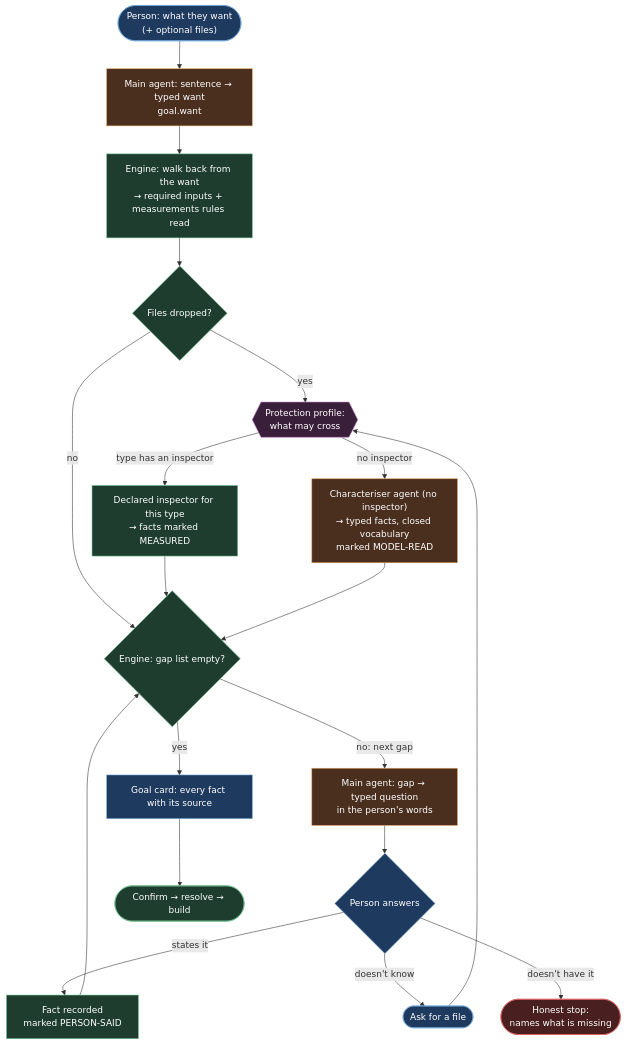
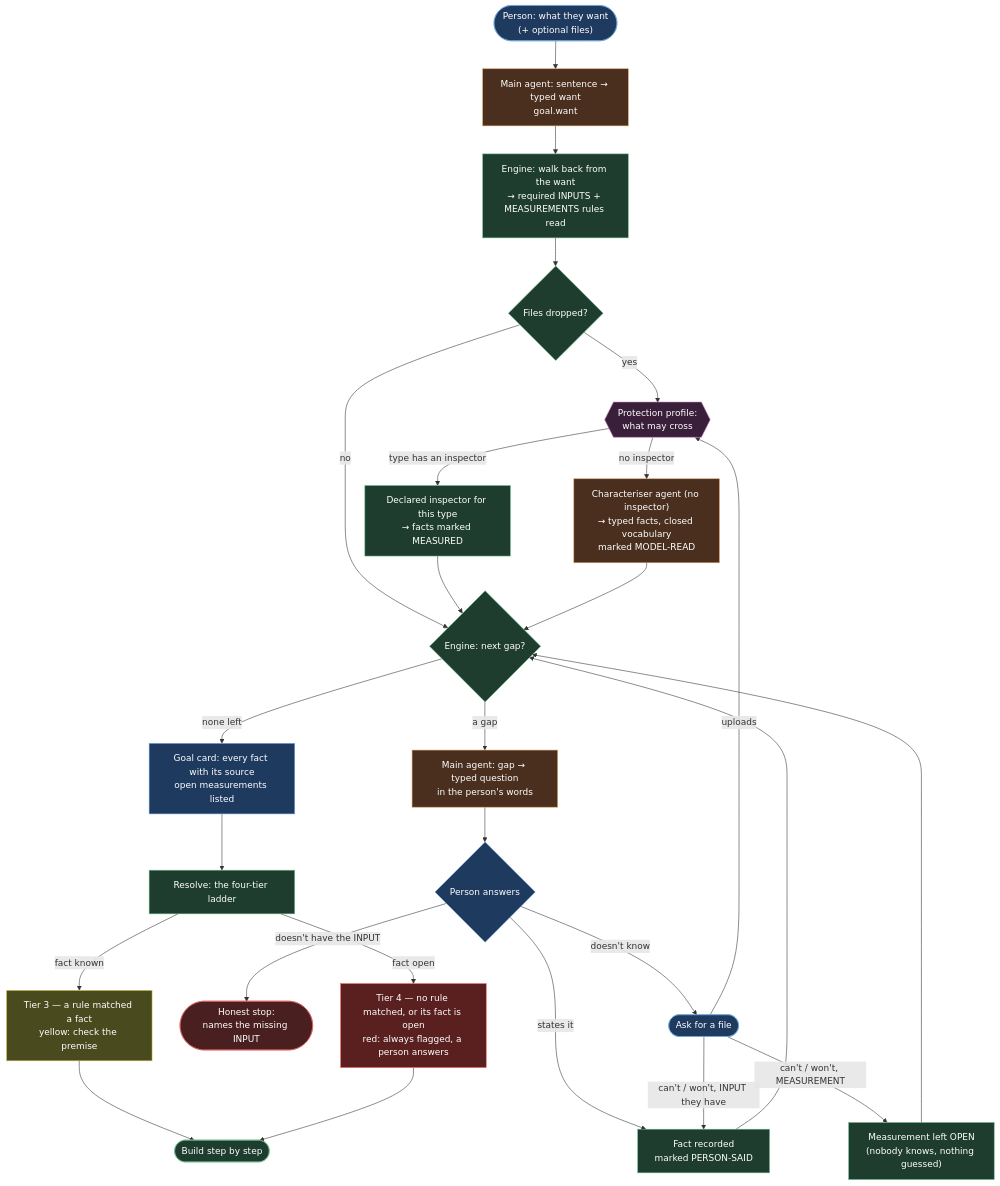
Before and after one commit to comeni-project/Comeni-Labs: the diagram in docs/design/authoring-protocol.md, drawn with Mermaid. The commit also changed other lines of this file, not shown here.

First line of the commit message:
docs(design): the authoring protocol around the four tiers

````diff
--- a/docs/design/authoring-protocol.md
+++ b/docs/design/authoring-protocol.md
@@ -14,35 +14,47 @@
 ```mermaid
 flowchart TD
     classDef person fill:#1f3a5f,stroke:#6fa8dc,color:#fff
     classDef engine fill:#1e3d2f,stroke:#6fbf8f,color:#fff
     classDef model fill:#4a2f1f,stroke:#e0a060,color:#fff
     classDef gate fill:#3a1f3a,stroke:#c080c0,color:#fff
     classDef stop fill:#4a1f1f,stroke:#e06060,color:#fff
+    classDef t3 fill:#4a4a1f,stroke:#e0d060,color:#fff
+    classDef t4 fill:#5a1f1f,stroke:#ff6060,color:#fff
 
     START(["Person: what they want<br/>(+ optional files)"]):::person
     WANT["Main agent: sentence → typed want<br/>goal.want"]:::model
-    NEEDS["Engine: walk back from the want<br/>→ required inputs + measurements rules read"]:::engine
+    NEEDS["Engine: walk back from the want<br/>→ required INPUTS + MEASUREMENTS rules read"]:::engine
     FILES{"Files dropped?"}:::engine
     PROFILE{{"Protection profile:<br/>what may cross"}}:::gate
     INSPECT["Declared inspector for this type<br/>→ facts marked MEASURED"]:::engine
     CHARM["Characteriser agent (no inspector)<br/>→ typed facts, closed vocabulary<br/>marked MODEL-READ"]:::model
-    GAPS{"Engine: gap list empty?"}:::engine
+    GAPS{"Engine: next gap?"}:::engine
     ASK["Main agent: gap → typed question<br/>in the person's words"]:::model
     ANSWER{"Person answers"}:::person
     FACT["Fact recorded<br/>marked PERSON-SAID"]:::engine
     UPLOAD(["Ask for a file"]):::person
-    STOP(["Honest stop:<br/>names what is missing"]):::stop
-    CARD["Goal card: every fact with its source"]:::person
-    BUILD(["Confirm → resolve → build"]):::engine
+    OPEN["Measurement left OPEN<br/>(nobody knows, nothing guessed)"]:::engine
+    STOP(["Honest stop:<br/>names the missing INPUT"]):::stop
+    CARD["Goal card: every fact with its source<br/>open measurements listed"]:::person
+    RESOLVE["Resolve: the four-tier ladder"]:::engine
+    T3["Tier 3 — a rule matched a fact<br/>yellow: check the premise"]:::t3
+    T4["Tier 4 — no rule matched, or its fact is open<br/>red: always flagged, a person answers"]:::t4
+    BUILD(["Build step by step"]):::engine
 
     START --> WANT --> NEEDS --> FILES
     FILES -- yes --> PROFILE
     FILES -- no --> GAPS
     PROFILE -- "type has an inspector" --> INSPECT --> GAPS
     PROFILE -- "no inspector" --> CHARM --> GAPS
-    GAPS -- "yes" --> CARD --> BUILD
-    GAPS -- "no: next gap" --> ASK --> ANSWER
+    GAPS -- "none left" --> CARD
+    GAPS -- "a gap" --> ASK --> ANSWER
     ANSWER -- "states it" --> FACT --> GAPS
-    ANSWER -- "doesn't know" --> UPLOAD --> PROFILE
-    ANSWER -- "doesn't have it" --> STOP
+    ANSWER -- "doesn't know" --> UPLOAD
+    UPLOAD -- "uploads" --> PROFILE
+    UPLOAD -- "can't / won't, MEASUREMENT" --> OPEN --> GAPS
+    UPLOAD -- "can't / won't, INPUT they have" --> FACT
+    ANSWER -- "doesn't have the INPUT" --> STOP
+    CARD --> RESOLVE
+    RESOLVE -- "fact known" --> T3 --> BUILD
+    RESOLVE -- "fact open" --> T4 --> BUILD
 ```
````
